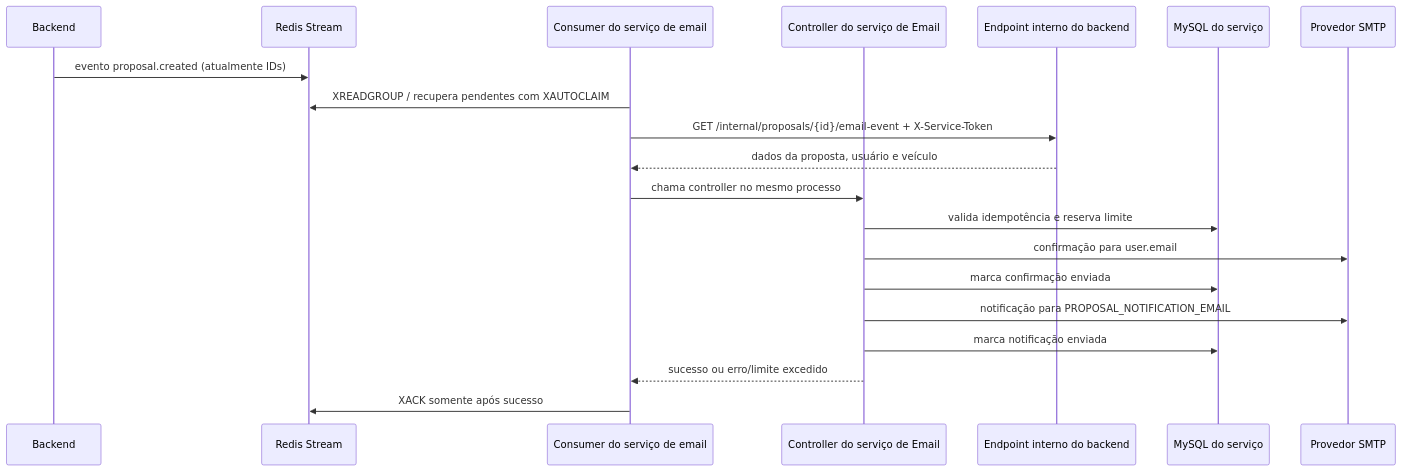
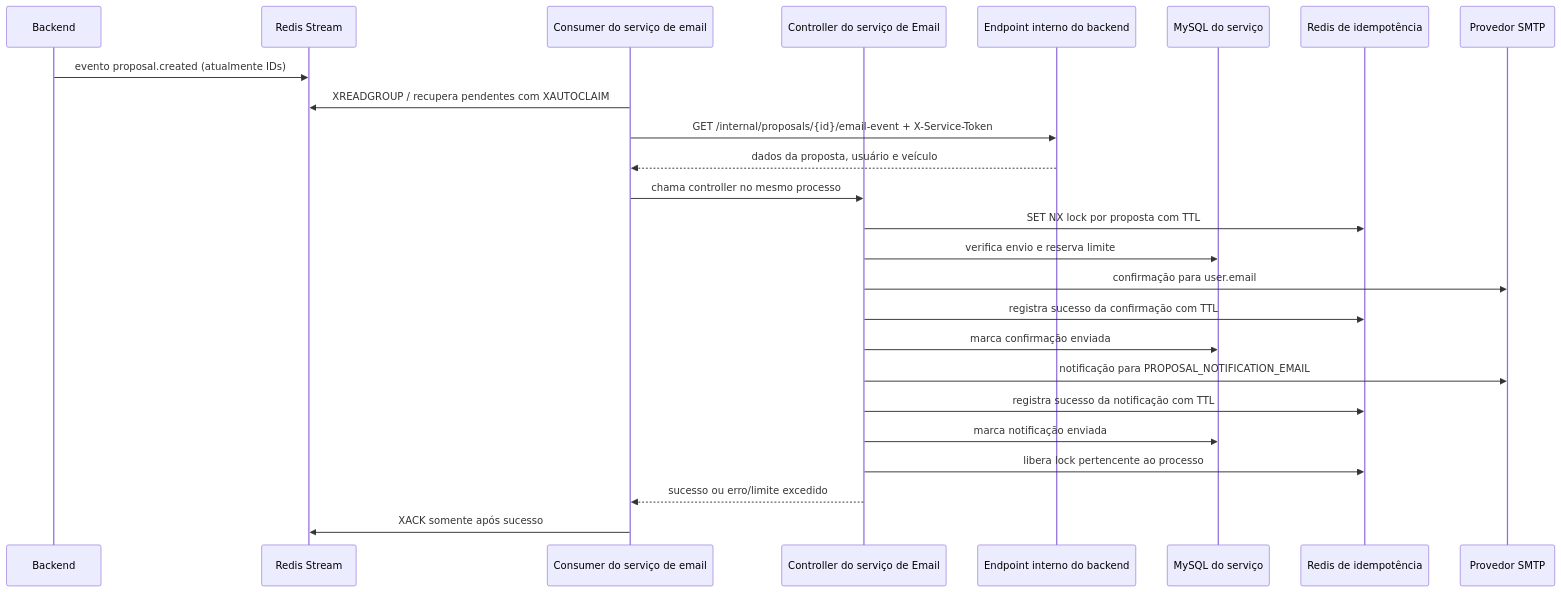
Before and after one commit to PrimeMotors-AF/PrimeMotors-Mobile: the diagram in docs/email-service.md, drawn with Mermaid. The commit also changed other lines of this file, not shown here.

````diff
--- a/docs/email-service.md
+++ b/docs/email-service.md
@@ -28,22 +28,27 @@
 ```mermaid
 sequenceDiagram
   participant B as Backend
   participant R as Redis Stream
   participant I as Consumer do serviço de email
   participant E as Controller do serviço de Email
   participant BI as Endpoint interno do backend
   participant DB as MySQL do serviço
+  participant C as Redis de idempotência
   participant SMTP as Provedor SMTP
   B->>R: evento proposal.created (atualmente IDs)
   I->>R: XREADGROUP / recupera pendentes com XAUTOCLAIM
   I->>BI: GET /internal/proposals/{id}/email-event + X-Service-Token
   BI-->>I: dados da proposta, usuário e veículo
   I->>E: chama controller no mesmo processo
-  E->>DB: valida idempotência e reserva limite
+  E->>C: SET NX lock por proposta com TTL
+  E->>DB: verifica envio e reserva limite
   E->>SMTP: confirmação para user.email
+  E->>C: registra sucesso da confirmação com TTL
   E->>DB: marca confirmação enviada
   E->>SMTP: notificação para PROPOSAL_NOTIFICATION_EMAIL
+  E->>C: registra sucesso da notificação com TTL
   E->>DB: marca notificação enviada
+  E->>C: libera lock pertencente ao processo
   E-->>I: sucesso ou erro/limite excedido
   I->>R: XACK somente após sucesso
 ```
````
